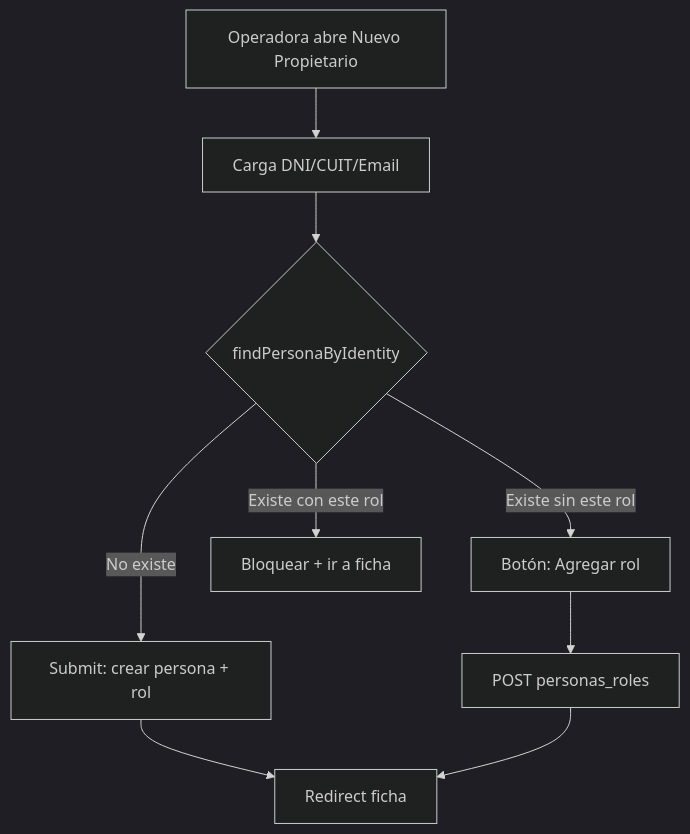
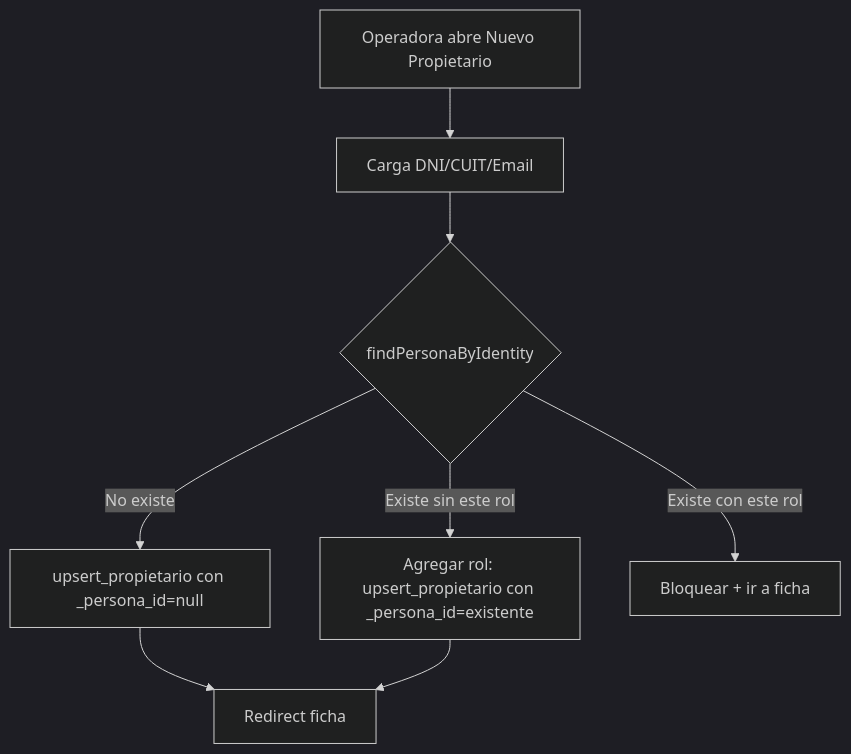
One commit to lautard12/cytpropiedas changed the diagram in docs/flujos/07-deteccion-duplicados-personas.md. Above: the diagram before and after it, drawn with Mermaid (dark theme). The commit also changed other lines of this file, not shown here.

````diff
--- a/docs/flujos/07-deteccion-duplicados-personas.md
+++ b/docs/flujos/07-deteccion-duplicados-personas.md
@@ -42,11 +48,10 @@
 ```mermaid
 flowchart TD
     A[Operadora abre Nuevo Propietario] --> B[Carga DNI/CUIT/Email]
     B --> C{findPersonaByIdentity}
-    C -- No existe --> D[Submit: crear persona + rol]
-    C -- Existe sin este rol --> E[Botón: Agregar rol]
+    C -- No existe --> D[upsert_propietario con _persona_id=null]
+    C -- Existe sin este rol --> E[Agregar rol: upsert_propietario con _persona_id=existente]
     C -- Existe con este rol --> F[Bloquear + ir a ficha]
-    E --> G[POST personas_roles]
     D --> H[Redirect ficha]
-    G --> H
+    E --> H
 ```
````
